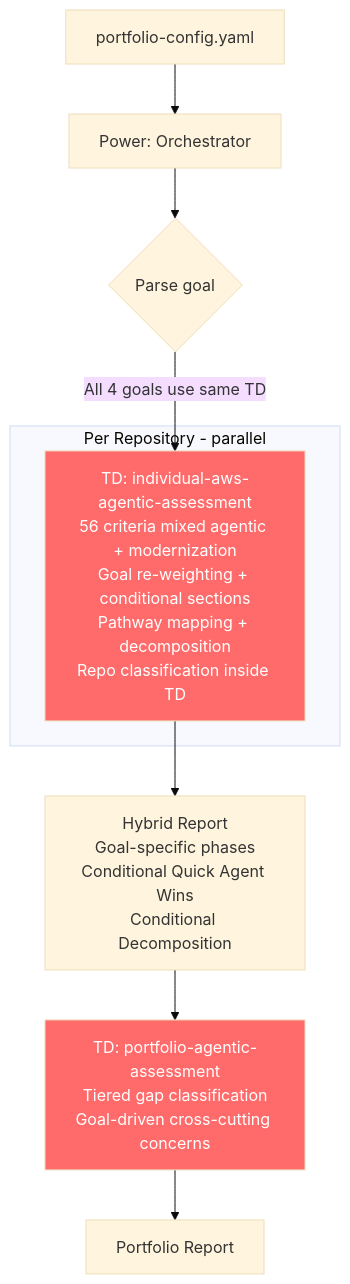
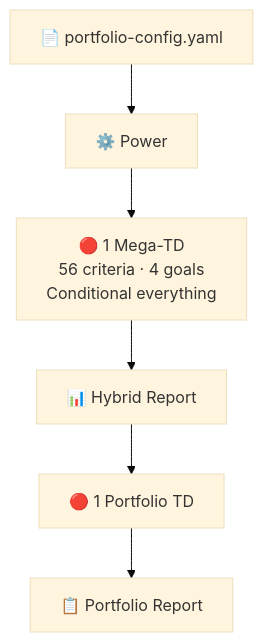
Before and after one commit to aws-samples/sample-agentic-readiness-analysis-orchestrator: the first of 6 diagrams in documents-study/architecture-flow.md, drawn with Mermaid (base theme). The commit also changed other lines of this file and 1 other file, not shown here.

Commit message:
adjusted architecture flow

````diff
--- a/documents-study/architecture-flow.md
+++ b/documents-study/architecture-flow.md
@@ -5,17 +5,8 @@
 ```mermaid
 flowchart TB
-    CONFIG[portfolio-config.yaml] --> POWER[Power: Orchestrator]
-    POWER --> GOAL{Parse goal}
-    GOAL -->|All 4 goals use same TD| MEGA_TD
-
-    subgraph PER_REPO [Per Repository - parallel]
-        MEGA_TD[TD: individual-aws-agentic-assessment<br/>56 criteria mixed agentic + modernization<br/>Goal re-weighting + conditional sections<br/>Pathway mapping + decomposition<br/>Repo classification inside TD]
-    end
-
-    MEGA_TD --> REPORT1[Hybrid Report<br/>Goal-specific phases<br/>Conditional Quick Agent Wins<br/>Conditional Decomposition]
-    REPORT1 --> PORTFOLIO_TD[TD: portfolio-agentic-assessment<br/>Tiered gap classification<br/>Goal-driven cross-cutting concerns]
-    PORTFOLIO_TD --> PORTFOLIO_REPORT[Portfolio Report]
-
-    style MEGA_TD fill:#ff6b6b,color:#fff
-    style PORTFOLIO_TD fill:#ff6b6b,color:#fff
+    CONFIG[📄 portfolio-config.yaml] --> POWER[⚙️ Power]
+    POWER --> MEGA[🔴 1 Mega-TD<br/>56 criteria · 4 goals<br/>Conditional everything]
+    MEGA --> REPORT[📊 Hybrid Report]
+    REPORT --> PORT[🔴 1 Portfolio TD]
+    PORT --> FINAL[📋 Portfolio Report]
 ```
````
